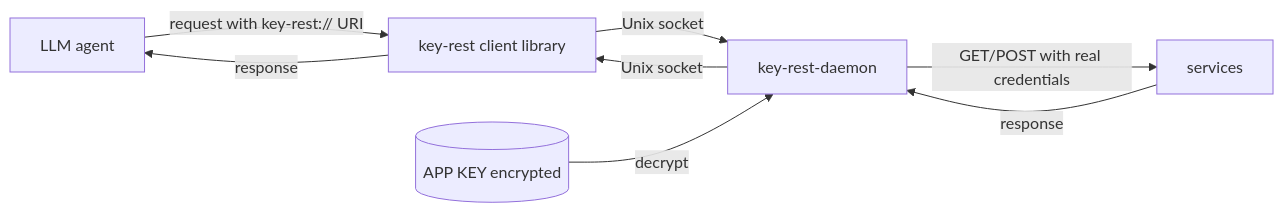
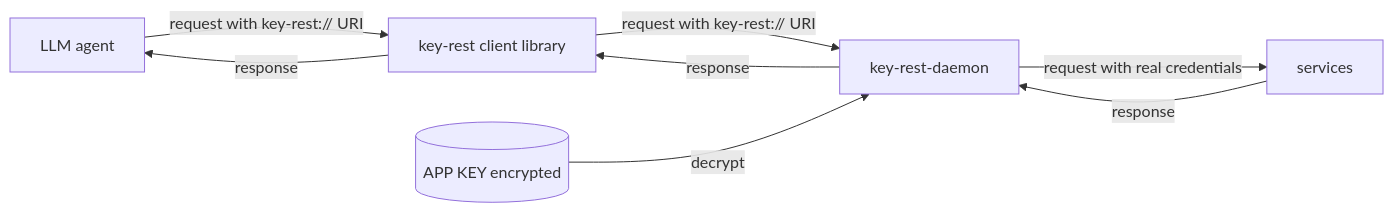
The first of 3 diagrams in README-ja.md (koteitan/key-rest), drawn with Mermaid before and after one commit. The commit also changed other lines of this file and 3 other files, not shown here.

````diff
--- a/README-ja.md
+++ b/README-ja.md
@@ -48,16 +24,16 @@
 ```mermaid
 graph LR
     A[LLM agent]
     B[key-rest client library]
     D[key-rest-daemon]
     S[services]
 
     A -->|"request with key-rest:// URI"| B
-    B -->|Unix socket| D
-    D -->|"GET/POST with real credentials"| S
+    B -->|"request with key-rest:// URI"| D
+    D -->|"request with real credentials"| S
     S -->|response| D
-    D -->|Unix socket| B
+    D -->|response| B
     B -->|response| A
     K[(APP KEY encrypted)]
     K -->|decrypt| D
 ```
````
